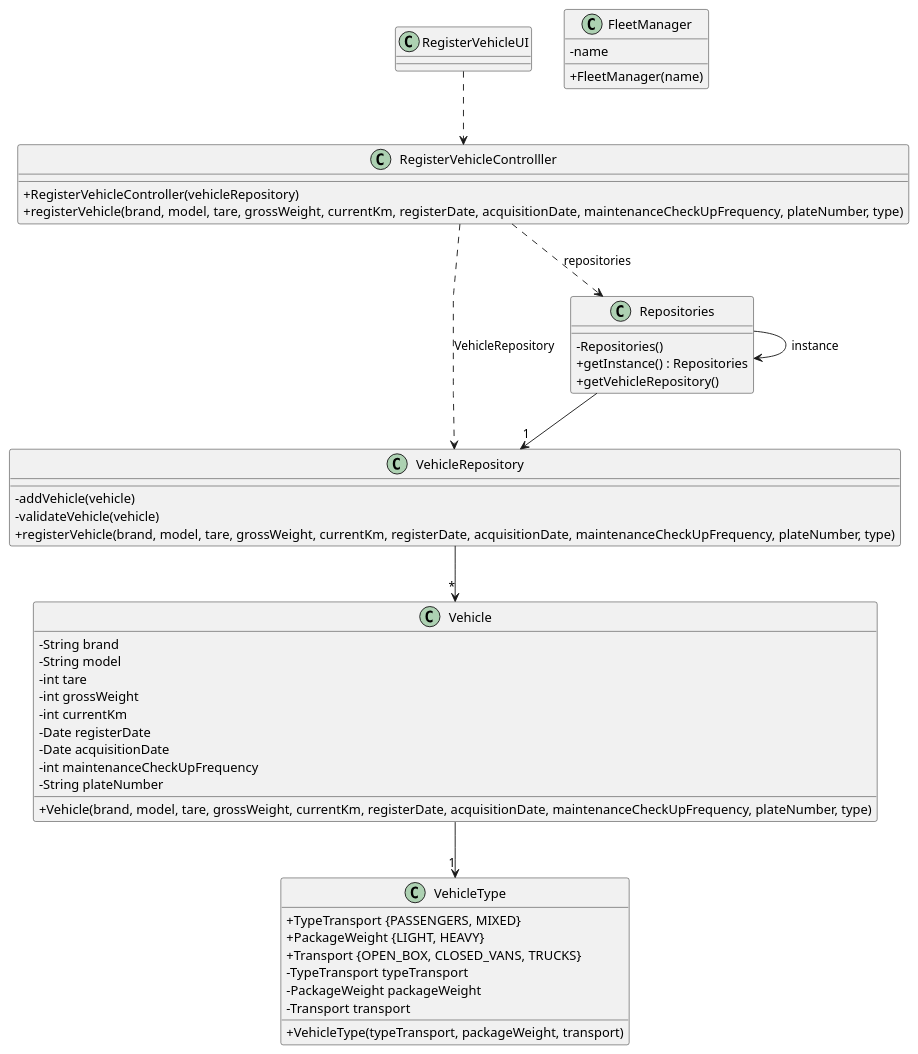
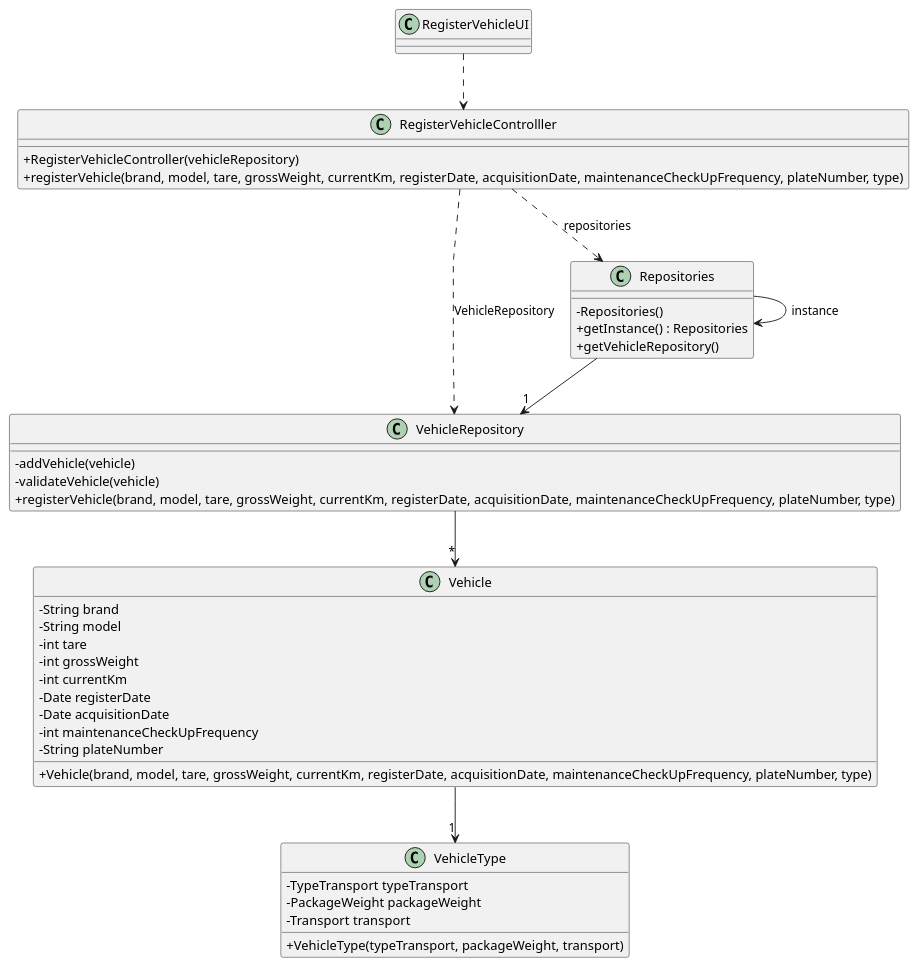
Before and after one commit to daniel41silva05/ISEP_2023_2024_LAPR2: the diagram in docs/sprintA&B/us006/03.design/puml/us006-class-diagram.puml, drawn with PlantUML. The commit also changed 7 other files, not shown here.

Commit message:
ED20 - class correction diagram and java doc

```diff
--- a/docs/sprintA&B/us006/03.design/puml/us006-class-diagram.puml
+++ b/docs/sprintA&B/us006/03.design/puml/us006-class-diagram.puml
@@ -1,70 +1,62 @@
 @startuml
 'skinparam monochrome true
 skinparam packageStyle rectangle
 skinparam shadowing false
 skinparam linetype polyline
 'skinparam linetype orto
 
 skinparam classAttributeIconSize 0
 
 'left to right direction
 
 class RegisterVehicleUI {
 
 }
 
 class RegisterVehicleControlller {
     +RegisterVehicleController(vehicleRepository)
     +registerVehicle(brand, model, tare, grossWeight, currentKm, registerDate, acquisitionDate, maintenanceCheckUpFrequency, plateNumber, type)
 }
 
 class VehicleRepository {
     -addVehicle(vehicle)
     -validateVehicle(vehicle)
     +registerVehicle(brand, model, tare, grossWeight, currentKm, registerDate, acquisitionDate, maintenanceCheckUpFrequency, plateNumber, type)
 }
 
 class Vehicle {
     -String brand
     -String model
     -int tare
     -int grossWeight
     -int currentKm
     -Date registerDate
     -Date acquisitionDate
     -int maintenanceCheckUpFrequency
     -String plateNumber
     +Vehicle(brand, model, tare, grossWeight, currentKm, registerDate, acquisitionDate, maintenanceCheckUpFrequency, plateNumber, type)
 
 }
 
 class VehicleType {
-    +TypeTransport {PASSENGERS, MIXED}
-    +PackageWeight {LIGHT, HEAVY}
-    +Transport {OPEN_BOX, CLOSED_VANS, TRUCKS}
     -TypeTransport typeTransport
     -PackageWeight packageWeight
     -Transport transport
     +VehicleType(typeTransport, packageWeight, transport)
-}
-
-class FleetManager {
-    - name
-    + FleetManager(name)
 }
 
 class Repositories {
     - Repositories()
     + getInstance() : Repositories
     + getVehicleRepository()
 }
 
 RegisterVehicleUI ..> RegisterVehicleControlller
 RegisterVehicleControlller ..> Repositories: repositories
 RegisterVehicleControlller ..> VehicleRepository: VehicleRepository
 Repositories --> Repositories: instance
 Repositories --> "1" VehicleRepository
 VehicleRepository --> "*" Vehicle
 Vehicle --> "1" VehicleType
 
 @enduml
```
